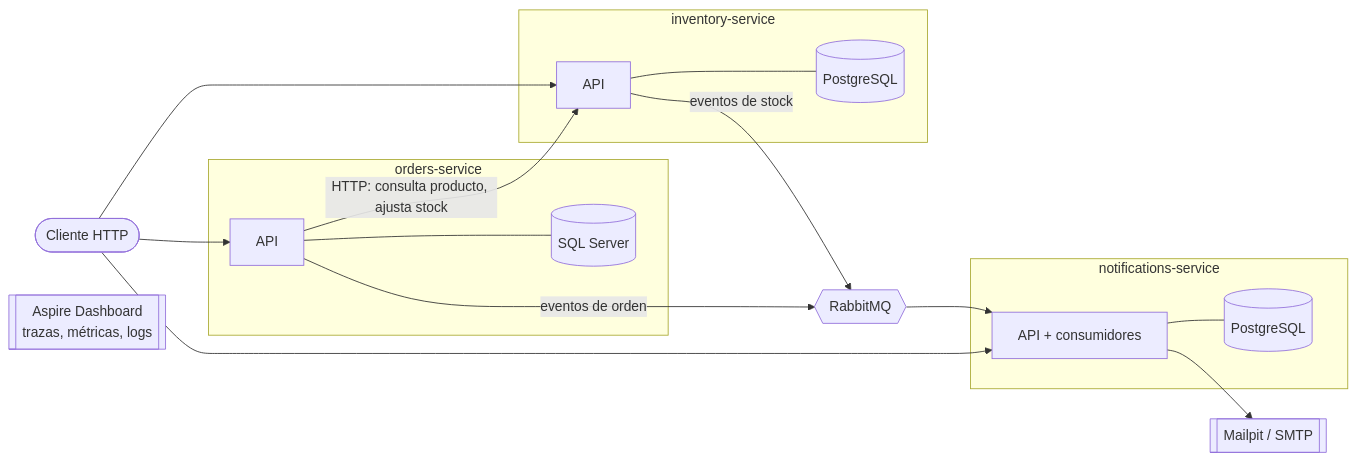
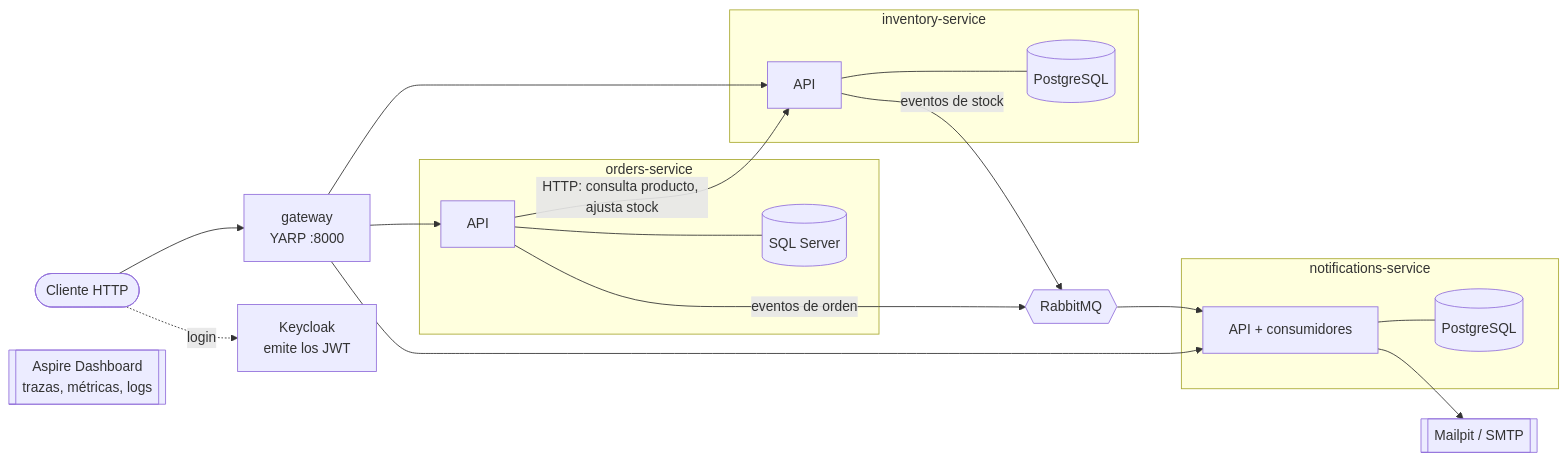
The diagram in README.md (anthonyVargasJesus/commerce-platform), drawn with Mermaid before and after one commit. The commit also changed other lines of this file and 16 other files, not shown here.

First line of the commit message:
Add the API gateway (YARP) and Keycloak with the commerce realm (#15)

````diff
--- a/README.md
+++ b/README.md
@@ -7,34 +7,39 @@
 ```mermaid
 flowchart LR
     client([Cliente HTTP])
+
+    gw[gateway<br/>YARP :8000]
+    kc[Keycloak<br/>emite los JWT]
 
     subgraph inv[inventory-service]
         inv_api[API]
         inv_db[(PostgreSQL)]
     end
     subgraph ord[orders-service]
         ord_api[API]
         ord_db[(SQL Server)]
     end
     subgraph not[notifications-service]
         not_api[API + consumidores]
         not_db[(PostgreSQL)]
     end
 
     rabbit{{RabbitMQ}}
     smtp[[Mailpit / SMTP]]
     otel[[Aspire Dashboard<br/>trazas, métricas, logs]]
 
-    client --> inv_api
-    client --> ord_api
-    client --> not_api
+    client --> gw
+    client -. login .-> kc
+    gw --> inv_api
+    gw --> ord_api
+    gw --> not_api
     inv_api --- inv_db
     ord_api --- ord_db
     not_api --- not_db
 
     ord_api -- "HTTP: consulta producto, ajusta stock" --> inv_api
     ord_api -- "eventos de orden" --> rabbit
     inv_api -- "eventos de stock" --> rabbit
     rabbit --> not_api
     not_api --> smtp
 ```
````
